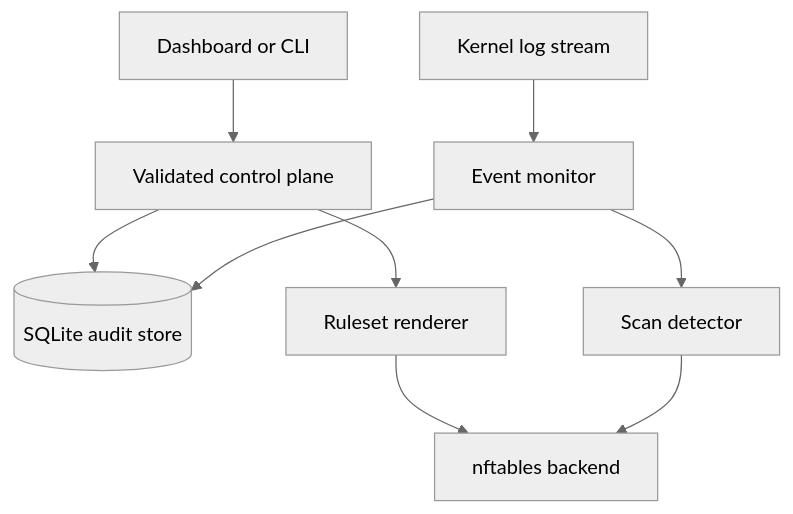
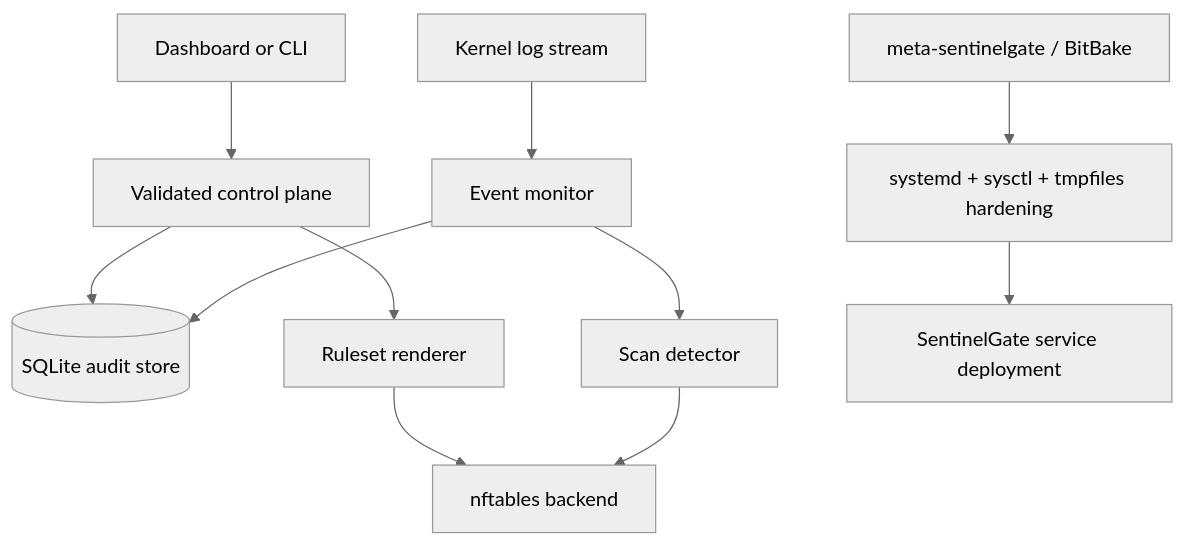
One commit to Ankit2253/SentinalGate changed the diagram in docs/architecture.md. Above: the diagram before and after it, drawn with Mermaid (neutral theme). The commit also changed other lines of this file and 12 other files, not shown here.

````diff
--- a/docs/architecture.md
+++ b/docs/architecture.md
@@ -6,11 +6,13 @@
 ```mermaid
 flowchart TD
     UI[Dashboard or CLI] --> API[Validated control plane]
     API --> DB[(SQLite audit store)]
     API --> Render[Ruleset renderer]
     Render --> NFT[nftables backend]
     Kernel[Kernel log stream] --> Monitor[Event monitor]
     Monitor --> DB
     Monitor --> Detect[Scan detector]
     Detect --> NFT
+    Yocto[meta-sentinelgate / BitBake] --> Hardening[systemd + sysctl + tmpfiles hardening]
+    Hardening --> Service[SentinelGate service deployment]
 ```
````
